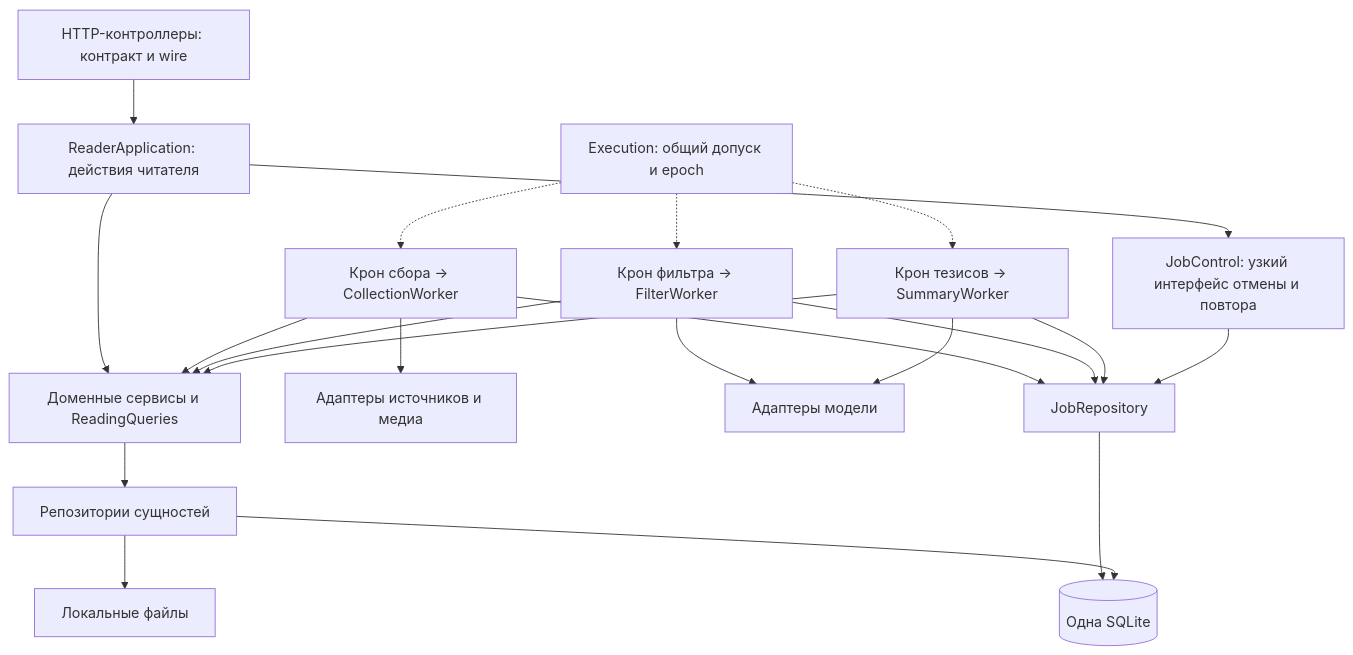
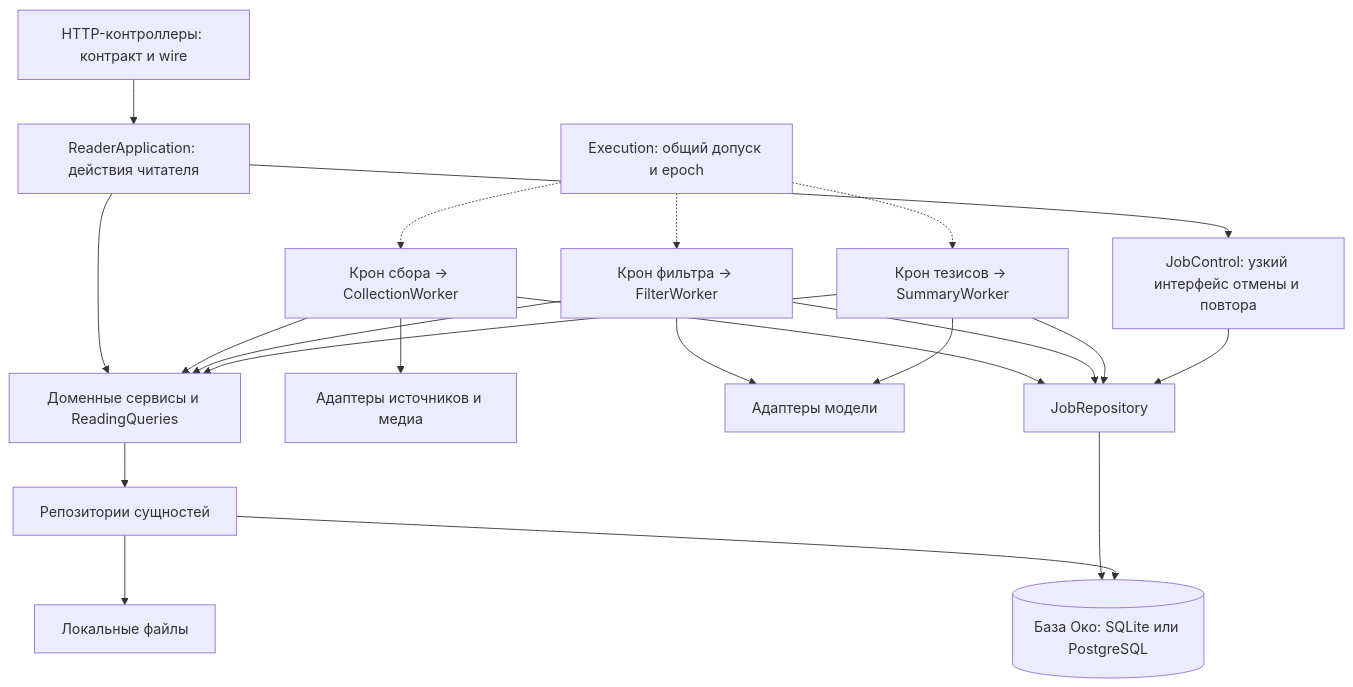
One commit to tgenman/oko changed the diagram in docs/architecture/application-layers.md. Above: the diagram before and after it, drawn with Mermaid. The commit also changed other lines of this file and 60 other files, not shown here.

Commit message:
feat: run the reader and durable workers on PostgreSQL

````diff
--- a/docs/architecture/application-layers.md
+++ b/docs/architecture/application-layers.md
@@ -8,23 +8,23 @@
 ```mermaid
 flowchart TB
     H["HTTP-контроллеры: контракт и wire"] --> A["ReaderApplication: действия читателя"]
     A --> S["Доменные сервисы и ReadingQueries"]
     A --> J["JobControl: узкий интерфейс отмены и повтора"]
     C["Крон сбора → CollectionWorker"] --> S
     F["Крон фильтра → FilterWorker"] --> S
     T["Крон тезисов → SummaryWorker"] --> S
     C --> AD["Адаптеры источников и медиа"]
     F --> AI["Адаптеры модели"]
     T --> AI
     C --> JR["JobRepository"]
     F --> JR
     T --> JR
     J --> JR
     S --> R["Репозитории сущностей"]
-    JR --> DB[("Одна SQLite")]
+    JR --> DB[("База Око: SQLite или PostgreSQL")]
     R --> DB
     R --> FS["Локальные файлы"]
     E["Execution: общий допуск и epoch"] -.-> C
     E -.-> F
     E -.-> T
 ```
````
